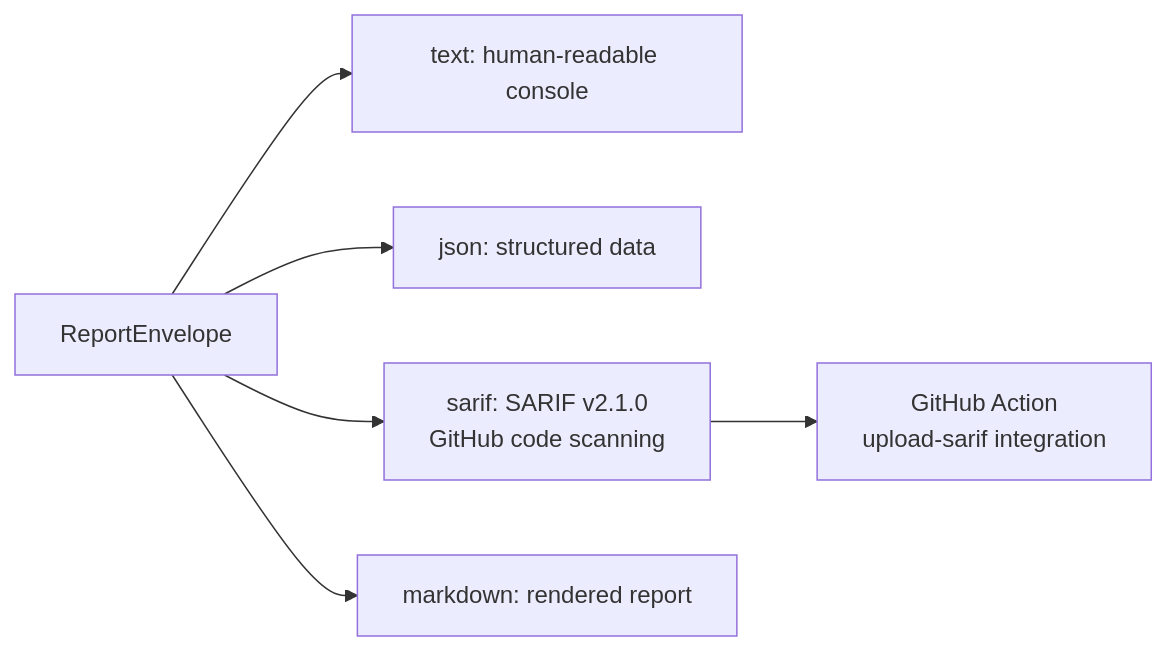
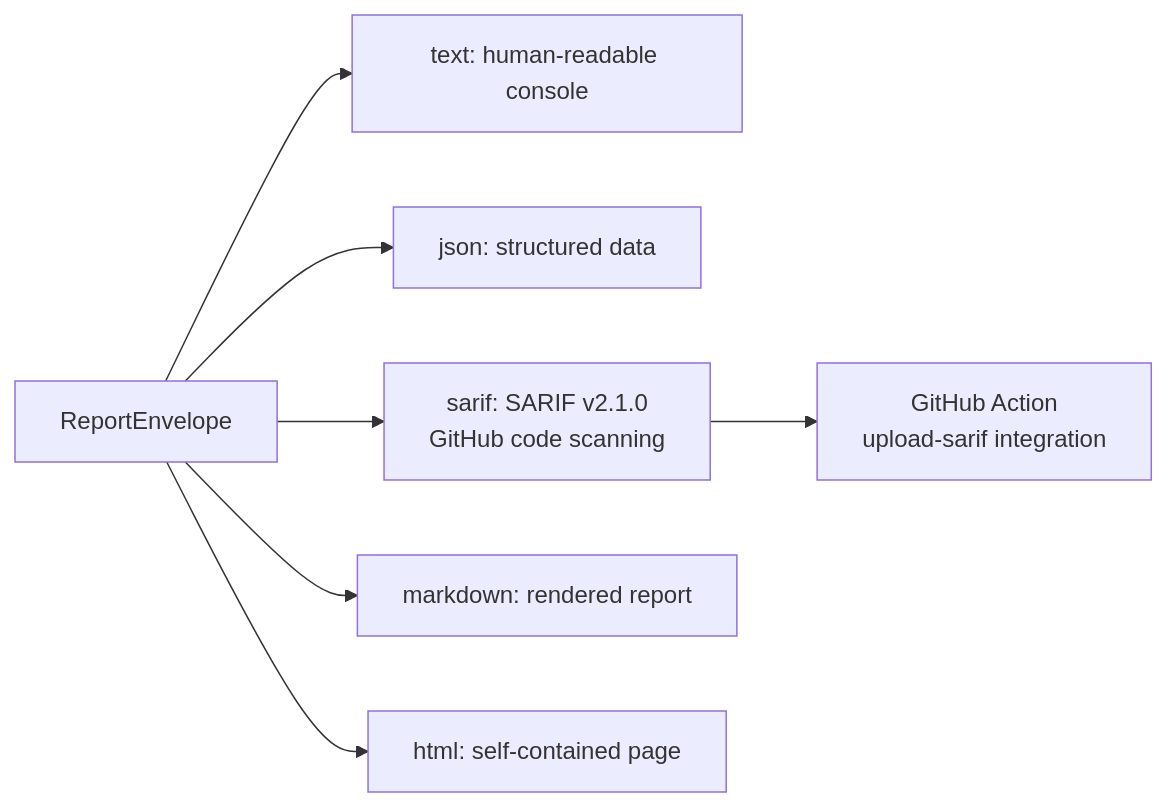
One commit to madhan-karthikeyan/DecisionDrift changed the fifth of 5 diagrams in docs/architecture.md. Above: the diagram before and after it, drawn with Mermaid. The commit also changed other lines of this file and 5 other files, not shown here.

````diff
--- a/docs/architecture.md
+++ b/docs/architecture.md
@@ -135,9 +136,10 @@
 ```mermaid
 graph LR
     ENV[ReportEnvelope] --> T[text: human-readable console]
     ENV --> J[json: structured data]
     ENV --> S[sarif: SARIF v2.1.0<br>GitHub code scanning]
     ENV --> M[markdown: rendered report]
+    ENV --> H[html: self-contained page]
     
     S --> GA[GitHub Action<br>upload-sarif integration]
 ```
````
